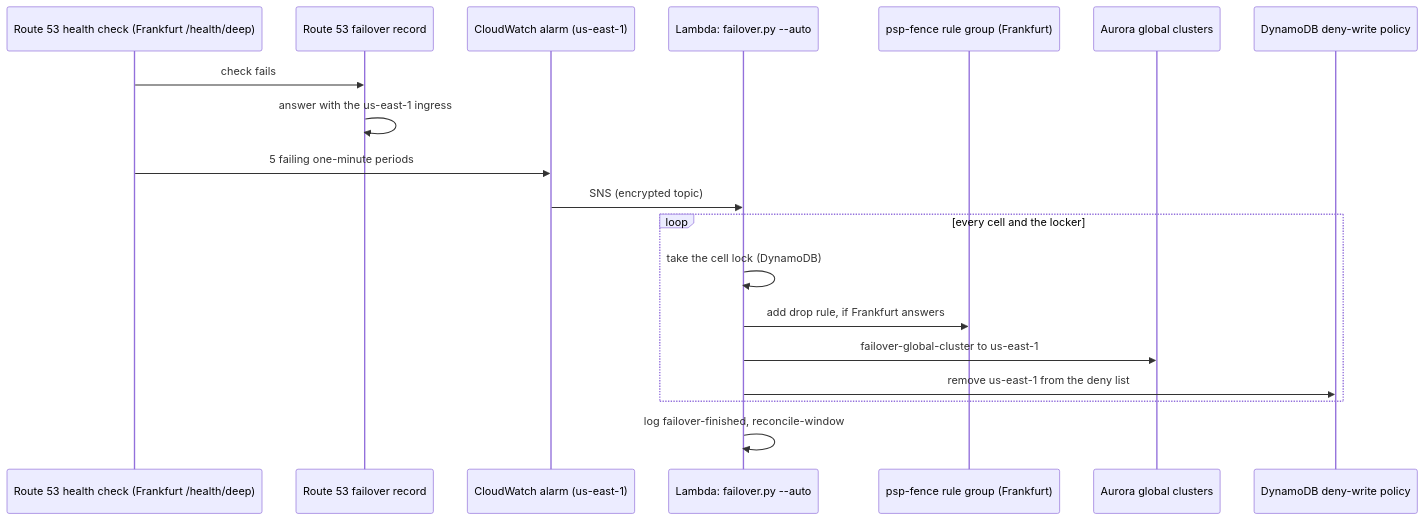
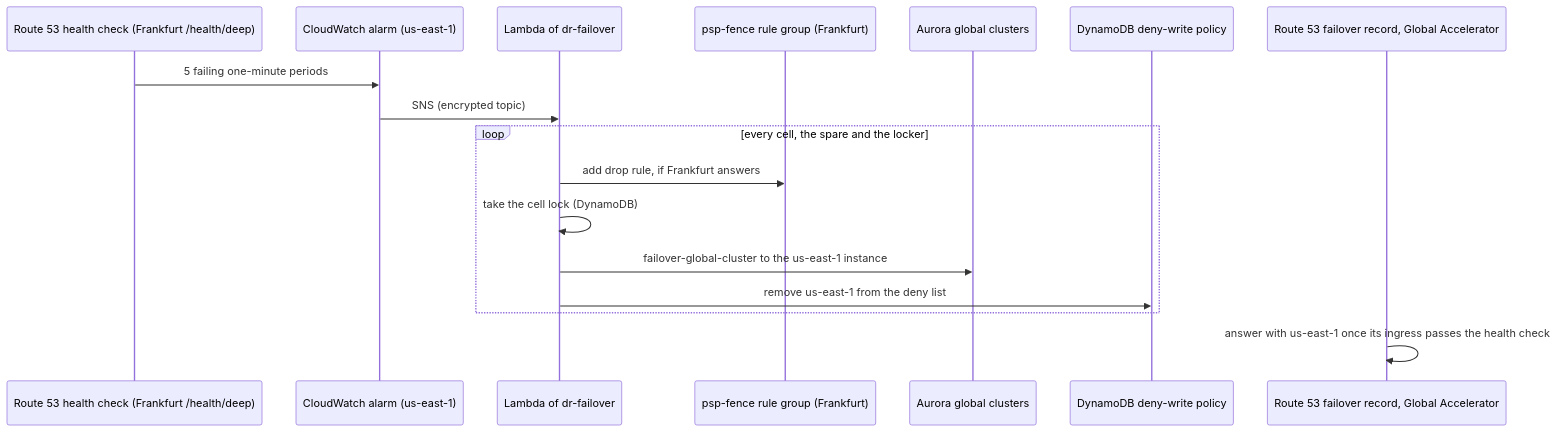
Before and after one commit to whoisqen/payments-platform: the diagram in docs/dr/failover.md, drawn with Mermaid. The commit also changed other lines of this file and 426 other files, not shown here.

````diff
--- a/docs/dr/failover.md
+++ b/docs/dr/failover.md
@@ -5,21 +7,19 @@
 ```mermaid
 sequenceDiagram
   participant HC as Route 53 health check (Frankfurt /health/deep)
-  participant DNS as Route 53 failover record
   participant CW as CloudWatch alarm (us-east-1)
-  participant L as Lambda: failover.py --auto
+  participant L as Lambda of dr-failover
   participant FW as psp-fence rule group (Frankfurt)
   participant AU as Aurora global clusters
   participant DY as DynamoDB deny-write policy
-  HC->>DNS: check fails
-  DNS->>DNS: answer with the us-east-1 ingress
+  participant DNS as Route 53 failover record, Global Accelerator
   HC->>CW: 5 failing one-minute periods
   CW->>L: SNS (encrypted topic)
-  loop every cell and the locker
+  loop every cell, the spare and the locker
+    L->>FW: add drop rule, if Frankfurt answers
     L->>L: take the cell lock (DynamoDB)
-    L->>FW: add drop rule, if Frankfurt answers
-    L->>AU: failover-global-cluster to us-east-1
+    L->>AU: failover-global-cluster to the us-east-1 instance
     L->>DY: remove us-east-1 from the deny list
   end
-  L->>L: log failover-finished, reconcile-window
+  DNS->>DNS: answer with us-east-1 once its ingress passes the health check
 ```
````
